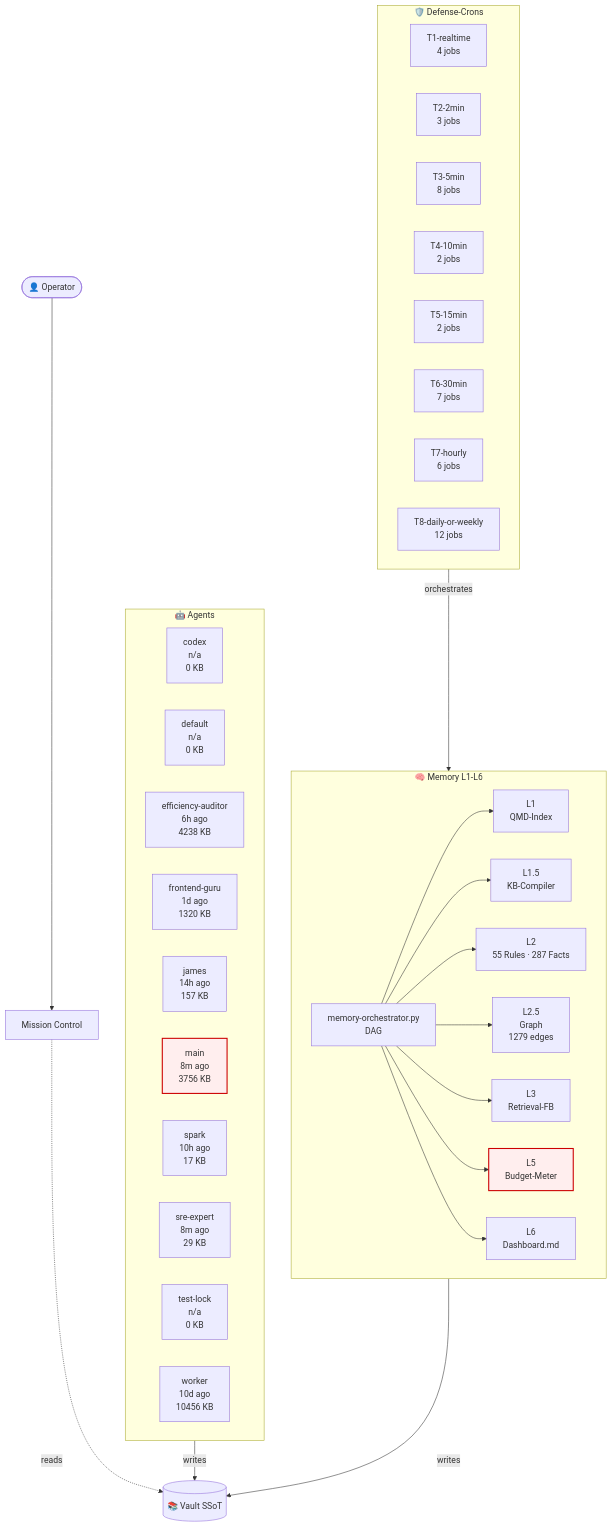
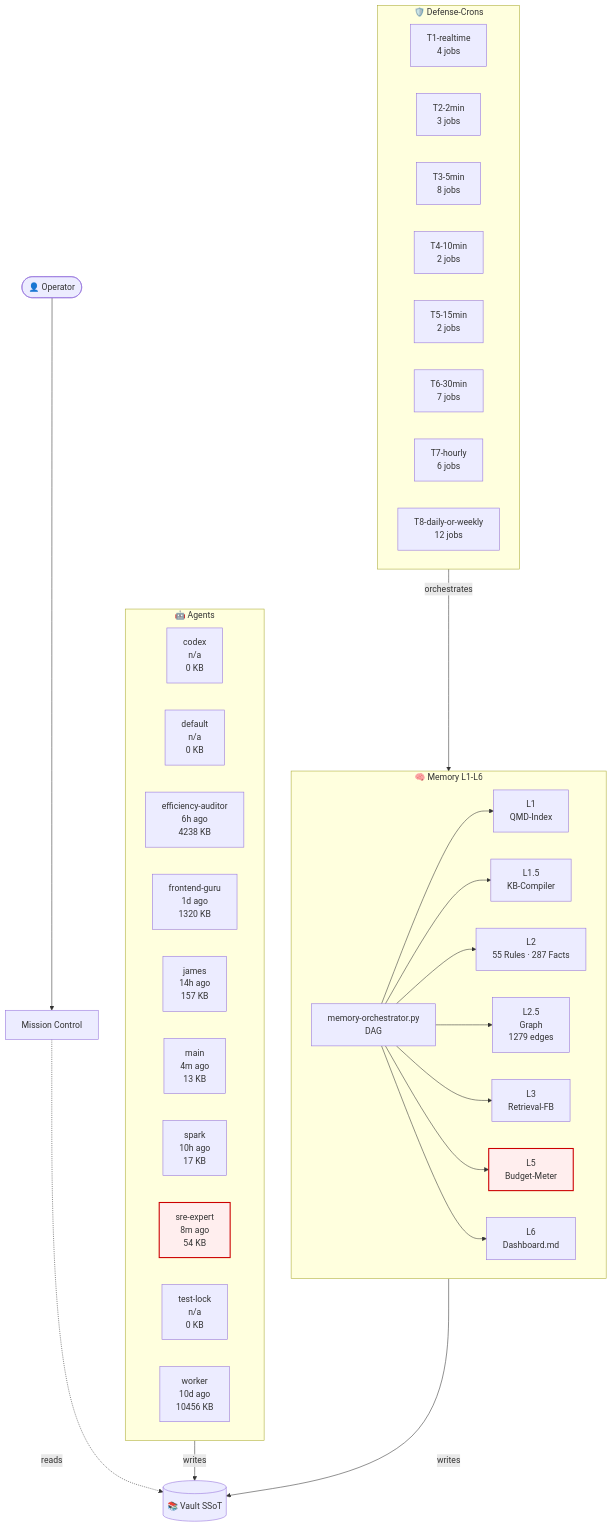
Before and after one commit to lenardhuebner88-rgb/openclaw-memory: the diagram in 03-Agents/architecture-live.md, drawn with Mermaid. The commit also changed other lines of this file and 3 other files, not shown here.

````diff
--- a/03-Agents/architecture-live.md
+++ b/03-Agents/architecture-live.md
@@ -18,53 +18,53 @@
 ```mermaid
 flowchart TB
     classDef critical fill:#fee,stroke:#c00,stroke-width:2px;
     subgraph AGT["🤖 Agents"]
         agent_codex["codex<br/>n/a<br/>0 KB"]
         agent_default["default<br/>n/a<br/>0 KB"]
         agent_efficiency_auditor["efficiency-auditor<br/>6h ago<br/>4238 KB"]
         agent_frontend_guru["frontend-guru<br/>1d ago<br/>1320 KB"]
         agent_james["james<br/>14h ago<br/>157 KB"]
-        agent_main["main<br/>8m ago<br/>3756 KB"]
+        agent_main["main<br/>4m ago<br/>13 KB"]
         agent_spark["spark<br/>10h ago<br/>17 KB"]
-        agent_sre_expert["sre-expert<br/>8m ago<br/>29 KB"]
+        agent_sre_expert["sre-expert<br/>8m ago<br/>54 KB"]
         agent_test_lock["test-lock<br/>n/a<br/>0 KB"]
         agent_worker["worker<br/>10d ago<br/>10456 KB"]
     end
     subgraph MEM["🧠 Memory L1-L6"]
         L1["L1<br/>QMD-Index"]
         L15["L1.5<br/>KB-Compiler"]
         L2["L2<br/>55 Rules · 287 Facts"]
         L25["L2.5<br/>Graph<br/>1279 edges"]
         L3["L3<br/>Retrieval-FB"]
         L5["L5<br/>Budget-Meter"]
         L6["L6<br/>Dashboard.md"]
         ORCH["memory-orchestrator.py<br/>DAG"]
     end
     subgraph CRN["🛡️ Defense-Crons"]
         tier_T1_realtime["T1-realtime<br/>4 jobs"]
         tier_T2_2min["T2-2min<br/>3 jobs"]
         tier_T3_5min["T3-5min<br/>8 jobs"]
         tier_T4_10min["T4-10min<br/>2 jobs"]
         tier_T5_15min["T5-15min<br/>2 jobs"]
         tier_T6_30min["T6-30min<br/>7 jobs"]
         tier_T7_hourly["T7-hourly<br/>6 jobs"]
         tier_T8_daily_or_weekly["T8-daily-or-weekly<br/>12 jobs"]
     end
     VAULT[("📚 Vault SSoT")]
     OP([👤 Operator])
     MC["Mission Control"]
     OP --> MC
     MC -.reads.-> VAULT
     AGT -->|writes| VAULT
     MEM -->|writes| VAULT
     ORCH --> L1
     ORCH --> L15
     ORCH --> L2
     ORCH --> L25
     ORCH --> L3
     ORCH --> L5
     ORCH --> L6
     CRN -->|orchestrates| MEM
     class L5 critical
-    class agent_main critical
+    class agent_sre_expert critical
 ```
````
